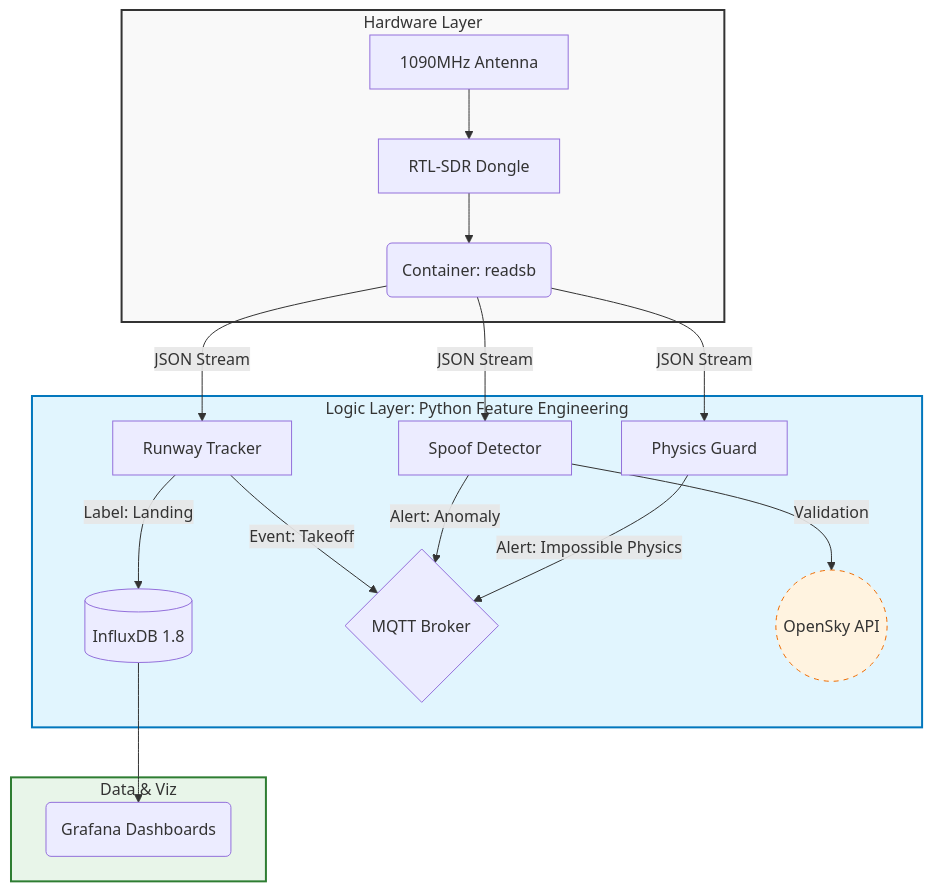
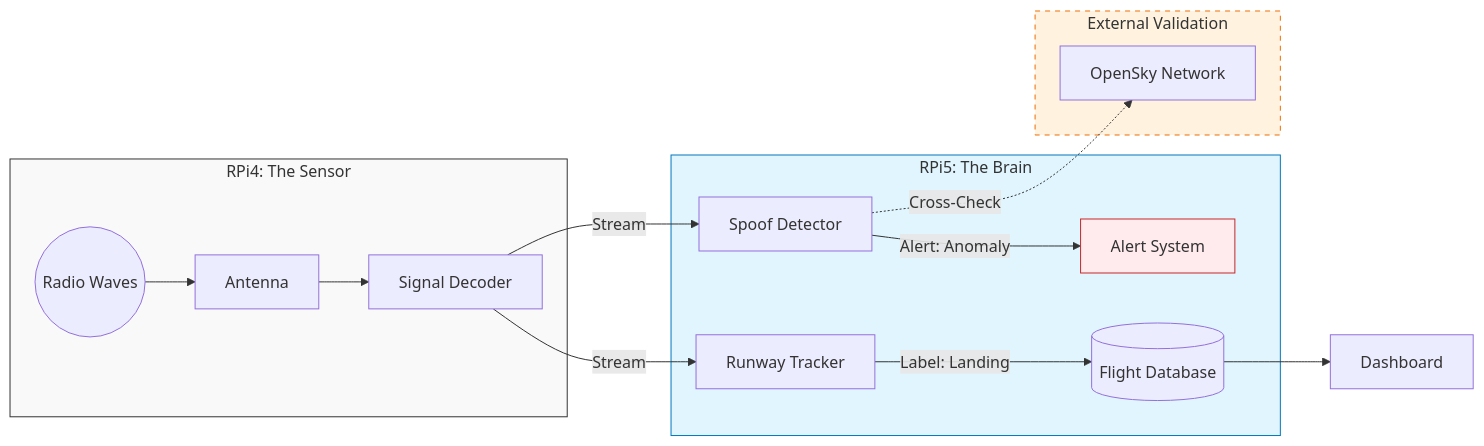
One commit to rwiren/central-brain changed the diagram in README.md. Above: the diagram before and after it, drawn with Mermaid. The commit also changed other lines of this file, not shown here.

Commit message:
Docs: Simplified system diagram and added acknowledgements

````diff
--- a/README.md
+++ b/README.md
@@ -21,33 +20,31 @@
 ```mermaid
-graph TD
-    %% Hardware Layer
-    subgraph H_LAYER [Hardware Layer]
-        ANT[1090MHz Antenna] --> SDR[RTL-SDR Dongle]
-        SDR --> READSB(Container: readsb)
+graph LR
+    %% 1. Sensing Layer
+    subgraph SENSOR [RPi4: The Sensor]
+        WAVES((Radio Waves)) --> ANT[Antenna]
+        ANT --> DECODER[Signal Decoder]
     end
 
-    %% Logic Layer
-    subgraph L_LAYER [Logic Layer: Python Feature Engineering]
-        READSB -->|JSON Stream| TRACKER[Runway Tracker]
-        READSB -->|JSON Stream| SPOOF[Spoof Detector]
-        READSB -->|JSON Stream| GUARD[Physics Guard]
+    %% 2. Intelligence Layer
+    subgraph BRAIN [RPi5: The Brain]
+        DECODER -->|Stream| PHYSICS[Runway Tracker]
+        DECODER -->|Stream| DETECT[Spoof Detector]
         
-        TRACKER --"Label: Landing"--> INFLUX[(InfluxDB 1.8)]
-        TRACKER --"Event: Takeoff"--> MQTT{MQTT Broker}
-        
-        SPOOF --"Validation"--> OPENSKY((OpenSky API))
-        SPOOF --"Alert: Anomaly"--> MQTT
-        
-        GUARD --"Alert: Impossible Physics"--> MQTT
+        PHYSICS -->|Label: Landing| DB[(Flight Database)]
+        DETECT -->|Alert: Anomaly| ALERT[Alert System]
     end
 
-    %% Data Layer
-    subgraph D_LAYER [Data & Viz]
-        INFLUX --> GRAFANA(Grafana Dashboards)
+    %% 3. Validation Layer
+    subgraph CLOUD [External Validation]
+        DETECT -.->|Cross-Check| OPENSKY[OpenSky Network]
     end
-    
-    style H_LAYER fill:#f9f9f9,stroke:#333,stroke-width:2px
-    style L_LAYER fill:#e1f5fe,stroke:#0277bd,stroke-width:2px
-    style D_LAYER fill:#e8f5e9,stroke:#2e7d32,stroke-width:2px
-    style OPENSKY fill:#fff3e0,stroke:#ef6c00,stroke-dasharray: 5 5
+
+    %% 4. Visualization
+    DB --> DASH[Dashboard]
+
+    %% Styling
+    style SENSOR fill:#f9f9f9,stroke:#333
+    style BRAIN fill:#e1f5fe,stroke:#0277bd
+    style CLOUD fill:#fff3e0,stroke:#ef6c00,stroke-dasharray: 5 5
+    style ALERT fill:#ffebee,stroke:#c62828
 ```
````
